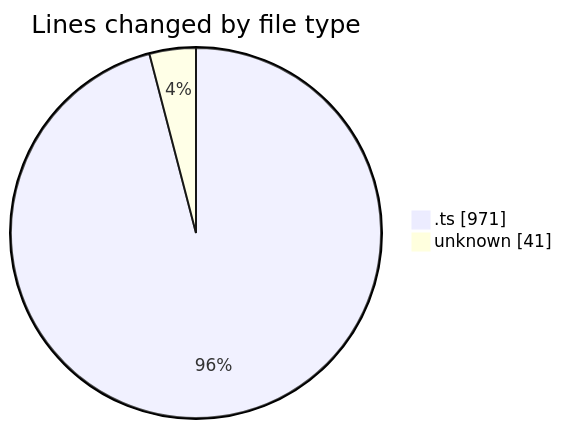
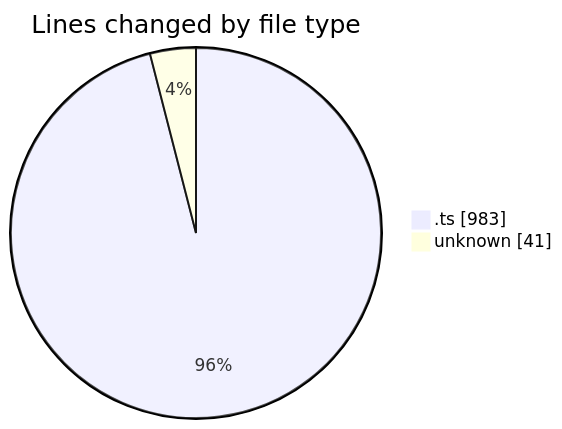
Before and after one commit to momahboobian/code-tracking: the first of 2 diagrams in 2025-08-18/cda/README.md, drawn with Mermaid. The commit also changed other lines of this file and 1 other file, not shown here.

````diff
--- a/2025-08-18/cda/README.md
+++ b/2025-08-18/cda/README.md
@@ -24,6 +24,6 @@
 ```mermaid
 pie showData
 title Lines changed by file type
-".ts" : 971
+".ts" : 983
 "unknown" : 41
 ```
````
